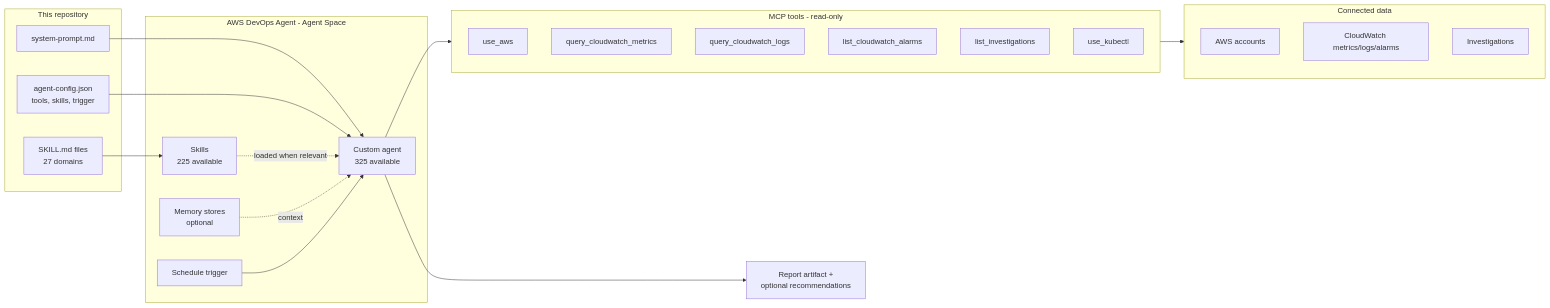
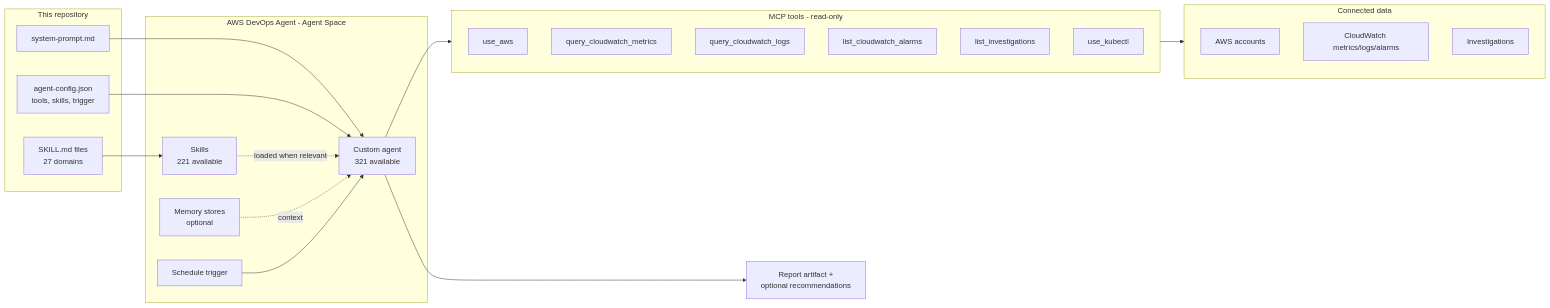
The first of 4 diagrams in README.md (Misterb91123/aws-sample-ai-agents), drawn with Mermaid before and after one commit. The commit also changed other lines of this file and 15 other files, not shown here.

Commit message:
chore: retire 4 weak-submission agents (317 ecs-healthcheck, 318 elb-healthcheck, 322 s3-bucket-hygiene, 324 unified-security-cost) + paired skills - overlap native DevOps Agent capabilities per Project Nebula needed-skill test; 325/225 -> 321/221

````diff
--- a/README.md
+++ b/README.md
@@ -28,42 +28,42 @@
 ```mermaid
 flowchart LR
     subgraph Repo["This repository"]
         SP[system-prompt.md]
         CFG[agent-config.json<br/>tools, skills, trigger]
         SK[SKILL.md files<br/>27 domains]
     end
 
     subgraph Space["AWS DevOps Agent - Agent Space"]
-        AG[Custom agent<br/>325 available]
-        SKA[Skills<br/>225 available]
+        AG[Custom agent<br/>321 available]
+        SKA[Skills<br/>221 available]
         MEM[Memory stores<br/>optional]
         TRG[Schedule trigger]
     end
 
     subgraph Tools["MCP tools - read-only"]
         T1[use_aws]
         T2[query_cloudwatch_metrics]
         T3[query_cloudwatch_logs]
         T4[list_cloudwatch_alarms]
         T5[list_investigations]
         T6[use_kubectl]
     end
 
     subgraph Sources["Connected data"]
         AWS[AWS accounts]
         CW[CloudWatch metrics/logs/alarms]
         INV[Investigations]
     end
 
     OUT[Report artifact +<br/>optional recommendations]
 
     SP --> AG
     CFG --> AG
     SK --> SKA
     SKA -.loaded when relevant.-> AG
     MEM -.context.-> AG
     TRG --> AG
     AG --> Tools
     Tools --> Sources
     AG --> OUT
 ```
````
